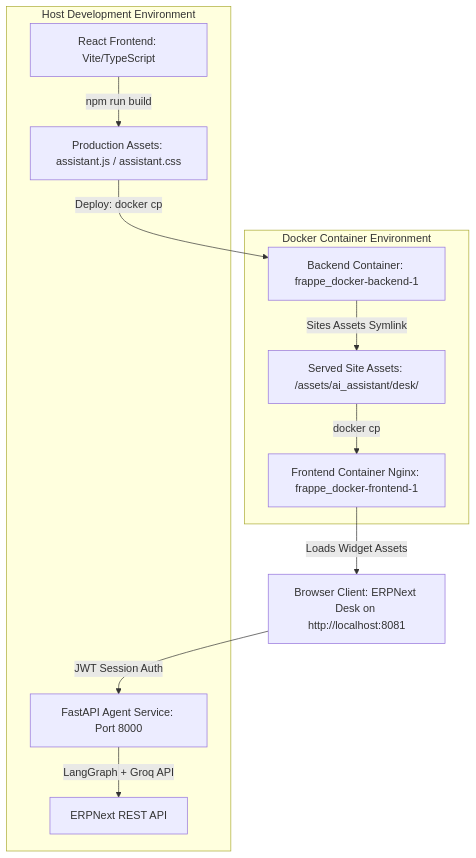
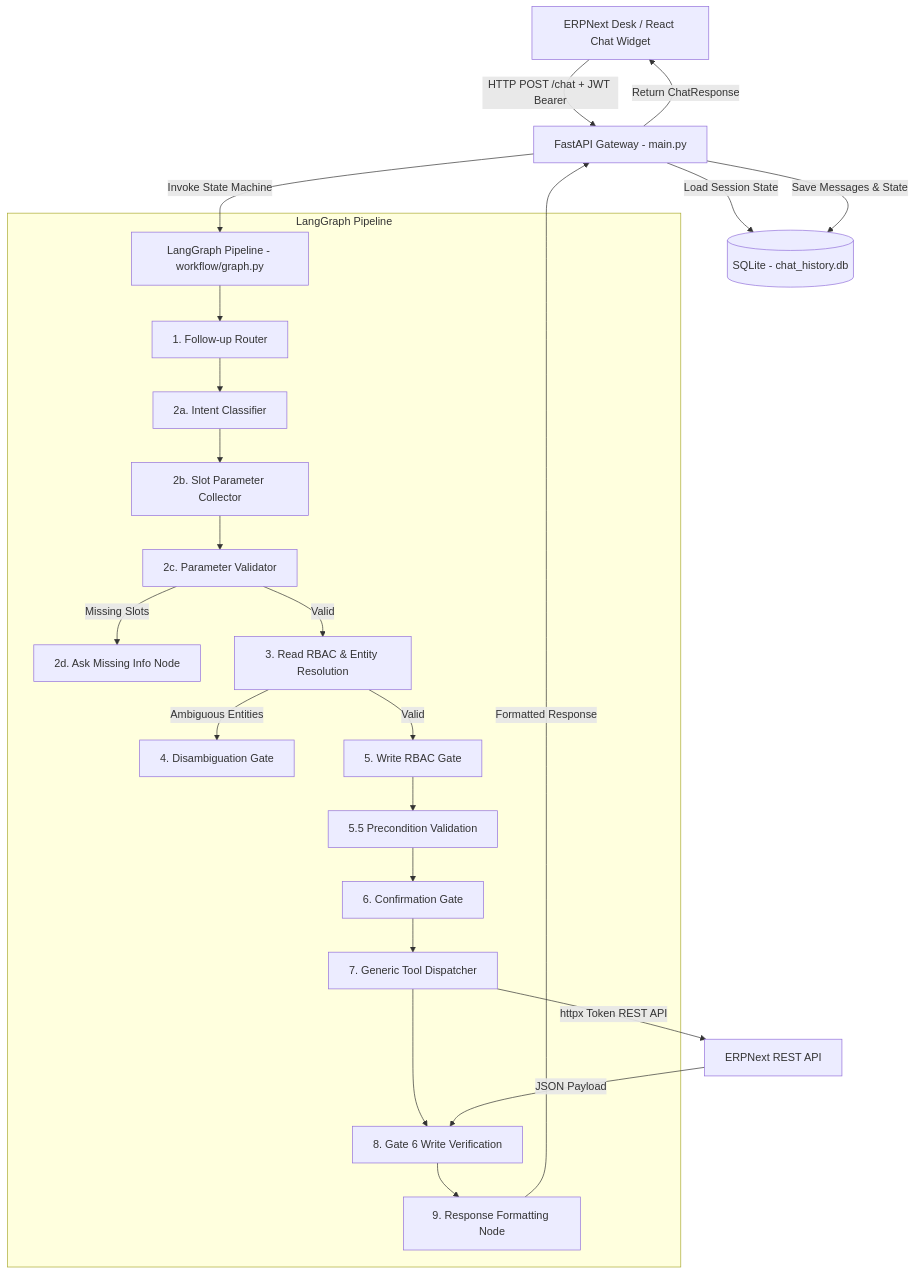
Before and after one commit to Picture-Sque/erpnext-ai-assistant: the diagram in README.md, drawn with Mermaid. The commit also changed other lines of this file, not shown here.

````diff
--- a/README.md
+++ b/README.md
@@ -11,16 +28,28 @@
 ```mermaid
-graph TD
-    subgraph Host Development Environment
-        A[React Frontend: Vite/TypeScript] -->|npm run build| B[Production Assets: assistant.js / assistant.css]
-        G[FastAPI Agent Service: Port 8000] -->|LangGraph + Groq API| H[ERPNext REST API]
+flowchart TD
+    A[ERPNext Desk / React Chat Widget] -->|HTTP POST /chat + JWT Bearer| B[FastAPI Gateway - main.py]
+    B -->|Load Session State| C[(SQLite - chat_history.db)]
+    B -->|Invoke State Machine| D[LangGraph Pipeline - workflow/graph.py]
+
+    subgraph LangGraph Pipeline
+        D --> Step1[1. Follow-up Router]
+        Step1 --> Step2a[2a. Intent Classifier]
+        Step2a --> Step2b[2b. Slot Parameter Collector]
+        Step2b --> Step2c[2c. Parameter Validator]
+        Step2c -->|Missing Slots| Step2d[2d. Ask Missing Info Node]
+        Step2c -->|Valid| Step3[3. Read RBAC & Entity Resolution]
+        Step3 -->|Ambiguous Entities| Step4[4. Disambiguation Gate]
+        Step3 -->|Valid| Step5[5. Write RBAC Gate]
+        Step5 --> Step55[5.5 Precondition Validation]
+        Step55 --> Step6[6. Confirmation Gate]
+        Step6 --> Step7[7. Generic Tool Dispatcher]
+        Step7 --> Step8[8. Gate 6 Write Verification]
+        Step8 --> Step9[9. Response Formatting Node]
     end
 
-    subgraph Docker Container Environment
-        B -->|Deploy: docker cp| C[Backend Container: frappe_docker-backend-1]
-        C -->|Sites Assets Symlink| D[Served Site Assets: /assets/ai_assistant/desk/]
-        D -->|docker cp| E[Frontend Container Nginx: frappe_docker-frontend-1]
-    end
-
-    E -->|Loads Widget Assets| F[Browser Client: ERPNext Desk on http://localhost:8081]
-    F -->|JWT Session Auth| G
+    Step7 -->|httpx Token REST API| E[ERPNext REST API]
+    E -->|JSON Payload| Step8
+    Step9 -->|Formatted Response| B
+    B -->|Save Messages & State| C
+    B -->|Return ChatResponse| A
 ```
````
